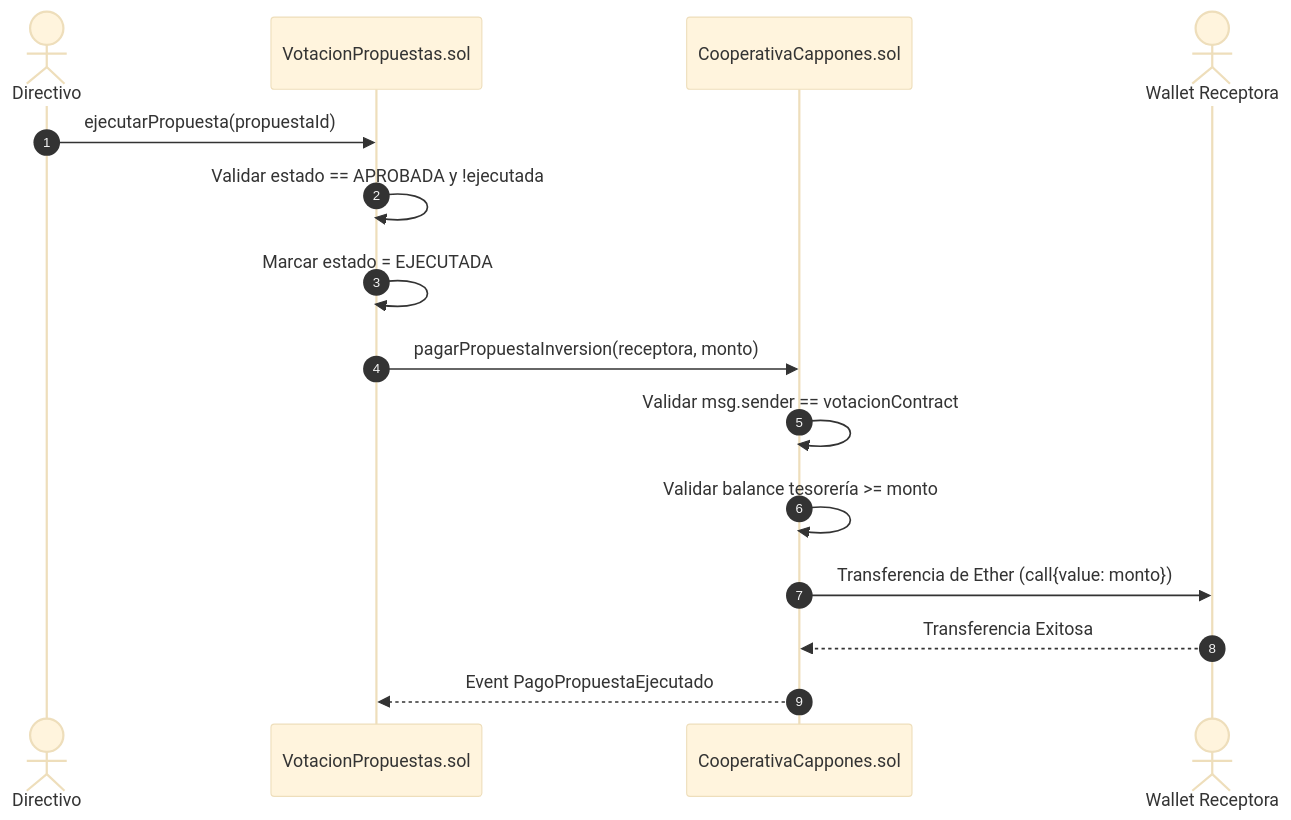
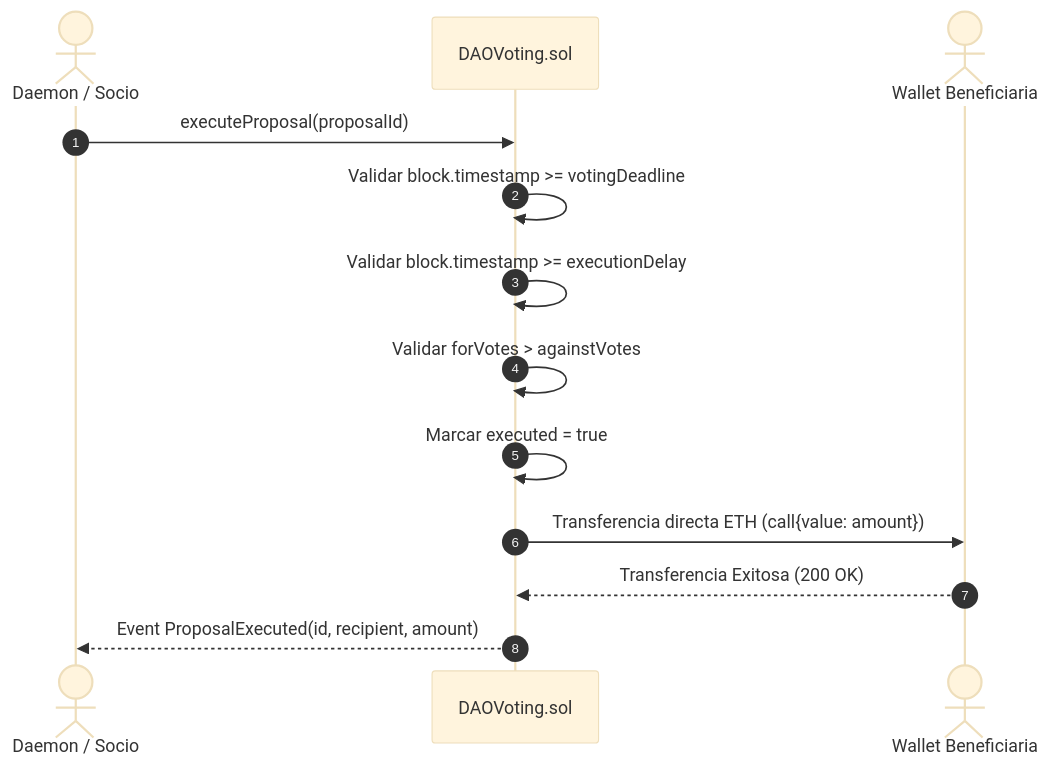
Before and after one commit to anlucorporations/dao: the second of 2 diagrams in docs/CASOS_DE_USO_Y_DIAGRAMAS.md, drawn with Mermaid (base theme). The commit also changed other lines of this file and 12 other files, not shown here.

Commit message:
docs: actualizar todos los manuales, casos de uso y diagramas a la arquitectura DAO Gasless EIP-2771

````diff
--- a/docs/CASOS_DE_USO_Y_DIAGRAMAS.md
+++ b/docs/CASOS_DE_USO_Y_DIAGRAMAS.md
@@ -76,18 +100,16 @@
 ```mermaid
 sequenceDiagram
     autonumber
-    actor Directivo
-    participant VOT as VotacionPropuestas.sol
-    participant TES as CooperativaCappones.sol
-    actor Receptora as Wallet Receptora
+    actor Daemon as Daemon / Socio
+    participant DAO as DAOVoting.sol
+    actor Receptora as Wallet Beneficiaria
 
-    Directivo->>VOT: ejecutarPropuesta(propuestaId)
-    VOT->>VOT: Validar estado == APROBADA y !ejecutada
-    VOT->>VOT: Marcar estado = EJECUTADA
-    VOT->>TES: pagarPropuestaInversion(receptora, monto)
-    TES->>TES: Validar msg.sender == votacionContract
-    TES->>TES: Validar balance tesorería >= monto
-    TES->>Receptora: Transferencia de Ether (call{value: monto})
-    Receptora-->>TES: Transferencia Exitosa
-    TES-->>VOT: Event PagoPropuestaEjecutado
+    Daemon->>DAO: executeProposal(proposalId)
+    DAO->>DAO: Validar block.timestamp >= votingDeadline
+    DAO->>DAO: Validar block.timestamp >= executionDelay
+    DAO->>DAO: Validar forVotes > againstVotes
+    DAO->>DAO: Marcar executed = true
+    DAO->>Receptora: Transferencia directa ETH (call{value: amount})
+    Receptora-->>DAO: Transferencia Exitosa (200 OK)
+    DAO-->>Daemon: Event ProposalExecuted(id, recipient, amount)
 ```
````
